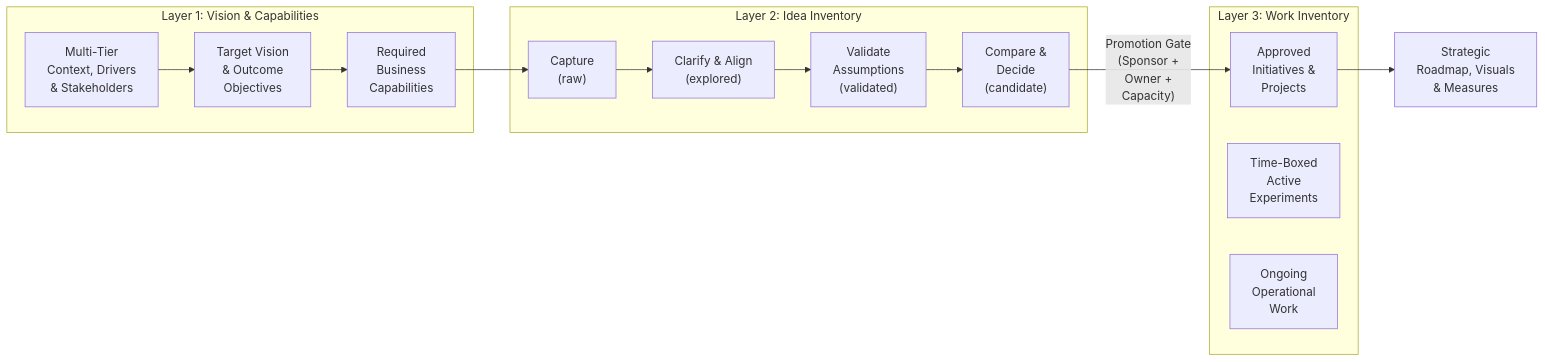
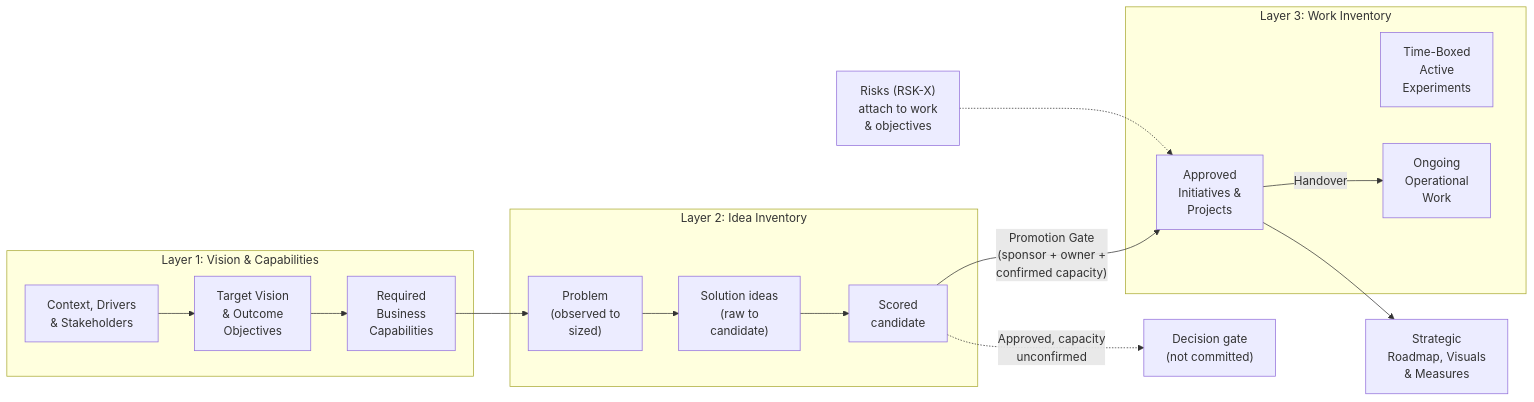
Before and after one commit to bcgov/strategic-planning-workbench: the second of 6 diagrams in architecture.md, drawn with Mermaid. The commit also changed other lines of this file and 189 other files, not shown here.

````diff
--- a/architecture.md
+++ b/architecture.md
@@ -50,23 +53,25 @@
 ```mermaid
 flowchart LR
     subgraph L1["Layer 1: Vision & Capabilities"]
-        A["Multi-Tier<br>Context, Drivers<br>& Stakeholders"] --> B["Target Vision<br>& Outcome<br>Objectives"]
+        A["Context, Drivers<br>& Stakeholders"] --> B["Target Vision<br>& Outcome<br>Objectives"]
         B --> C["Required<br>Business<br>Capabilities"]
     end
 
     subgraph L2["Layer 2: Idea Inventory"]
-        D["Capture<br>(raw)"] --> E["Clarify & Align<br>(explored)"]
-        E --> F["Validate<br>Assumptions<br>(validated)"]
-        F --> G["Compare &<br>Decide<br>(candidate)"]
+        P["Problem<br>(observed to<br>sized)"] --> S["Solution ideas<br>(raw to<br>candidate)"]
+        S --> SC["Scored<br>candidate"]
     end
 
     subgraph L3["Layer 3: Work Inventory"]
         H["Approved<br>Initiatives &<br>Projects"]
         I["Time-Boxed<br>Active<br>Experiments"]
         J["Ongoing<br>Operational<br>Work"]
     end
 
-    C --> D
-    G -->|"Promotion Gate<br>(Sponsor +<br>Owner +<br>Capacity)"| H
+    C --> P
+    SC -->|"Promotion Gate<br>(sponsor + owner +<br>confirmed capacity)"| H
+    SC -.->|"Approved, capacity<br>unconfirmed"| DG["Decision gate<br>(not committed)"]
     H --> K["Strategic<br>Roadmap, Visuals<br>& Measures"]
+    H -->|"Handover"| J
+    R["Risks (RSK-X)<br>attach to work<br>& objectives"] -.-> H
 ```
````
